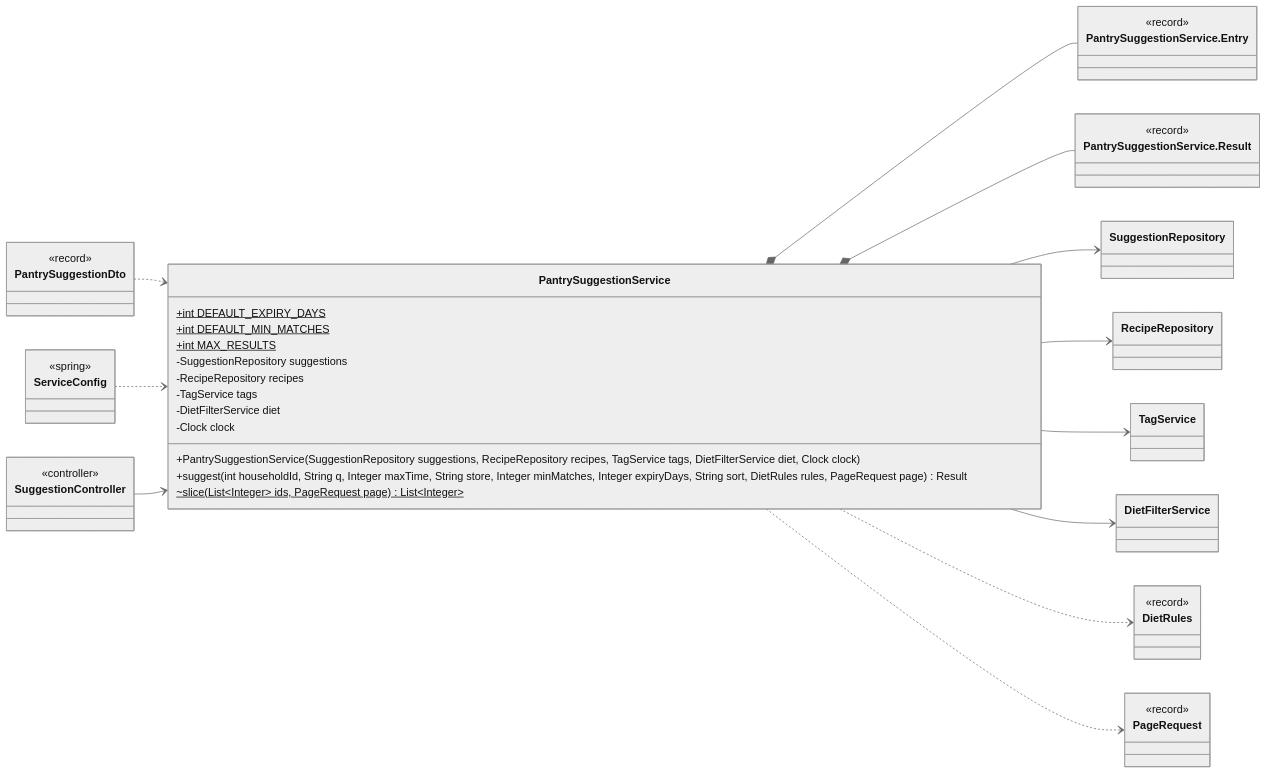
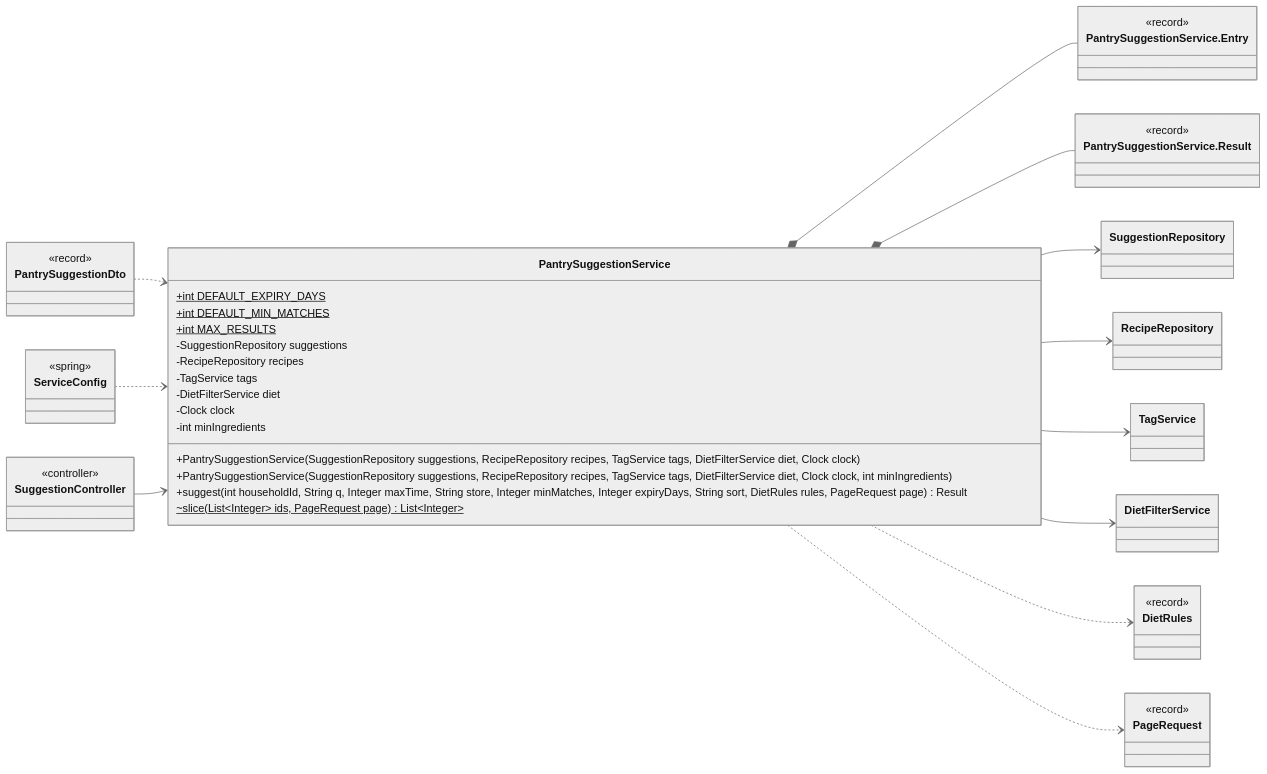
The eighth of 13 diagrams in docs/classes/suggestions.md (Nate-ryan-7690/dahaem), drawn with Mermaid (neutral theme) before and after one commit. The commit also changed other lines of this file and 3 other files, not shown here.

````diff
--- a/docs/classes/suggestions.md
+++ b/docs/classes/suggestions.md
@@ -352,53 +352,55 @@
 ```mermaid
 classDiagram
     direction LR
     class suggestions_PantrySuggestionService["PantrySuggestionService"] {
         +int DEFAULT_EXPIRY_DAYS$
         +int DEFAULT_MIN_MATCHES$
         +int MAX_RESULTS$
         -SuggestionRepository suggestions
         -RecipeRepository recipes
         -TagService tags
         -DietFilterService diet
         -Clock clock
+        -int minIngredients
         +PantrySuggestionService(SuggestionRepository suggestions, RecipeRepository recipes, TagService tags, DietFilterService diet, Clock clock)
+        +PantrySuggestionService(SuggestionRepository suggestions, RecipeRepository recipes, TagService tags, DietFilterService diet, Clock clock, int minIngredients)
         +suggest(int householdId, String q, Integer maxTime, String store, Integer minMatches, Integer expiryDays, String sort, DietRules rules, PageRequest page) Result
         ~slice(List~Integer~ ids, PageRequest page) List~Integer~$
     }
     class suggestions_PantrySuggestionService_Entry["PantrySuggestionService.Entry"] {
         <<record>>
     }
     class suggestions_PantrySuggestionService_Result["PantrySuggestionService.Result"] {
         <<record>>
     }
     class suggestions_SuggestionRepository["SuggestionRepository"]
     class mealplanner_RecipeRepository["RecipeRepository"]
     class tags_TagService["TagService"]
     class diet_DietFilterService["DietFilterService"]
     class api_SuggestionController["SuggestionController"] {
         <<controller>>
     }
     class diet_DietRules["DietRules"] {
         <<record>>
     }
     class shared_PageRequest["PageRequest"] {
         <<record>>
     }
     class api_PantrySuggestionDto["PantrySuggestionDto"] {
         <<record>>
     }
     class api_ServiceConfig["ServiceConfig"] {
         <<spring>>
     }
     suggestions_PantrySuggestionService *-- suggestions_PantrySuggestionService_Entry
     suggestions_PantrySuggestionService *-- suggestions_PantrySuggestionService_Result
     suggestions_PantrySuggestionService --> suggestions_SuggestionRepository
     suggestions_PantrySuggestionService --> mealplanner_RecipeRepository
     suggestions_PantrySuggestionService --> tags_TagService
     suggestions_PantrySuggestionService --> diet_DietFilterService
     suggestions_PantrySuggestionService ..> diet_DietRules
     suggestions_PantrySuggestionService ..> shared_PageRequest
     api_PantrySuggestionDto ..> suggestions_PantrySuggestionService
     api_ServiceConfig ..> suggestions_PantrySuggestionService
     api_SuggestionController --> suggestions_PantrySuggestionService
 ```
````
